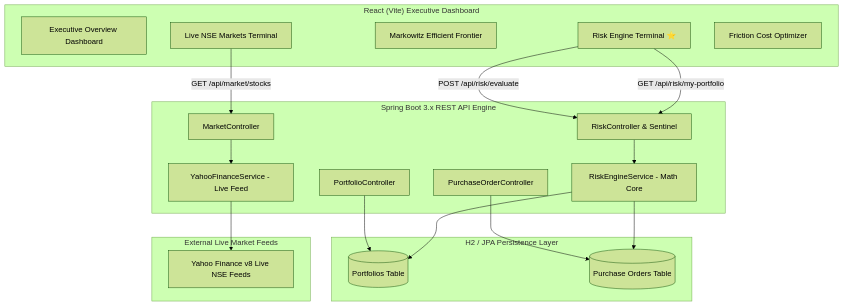
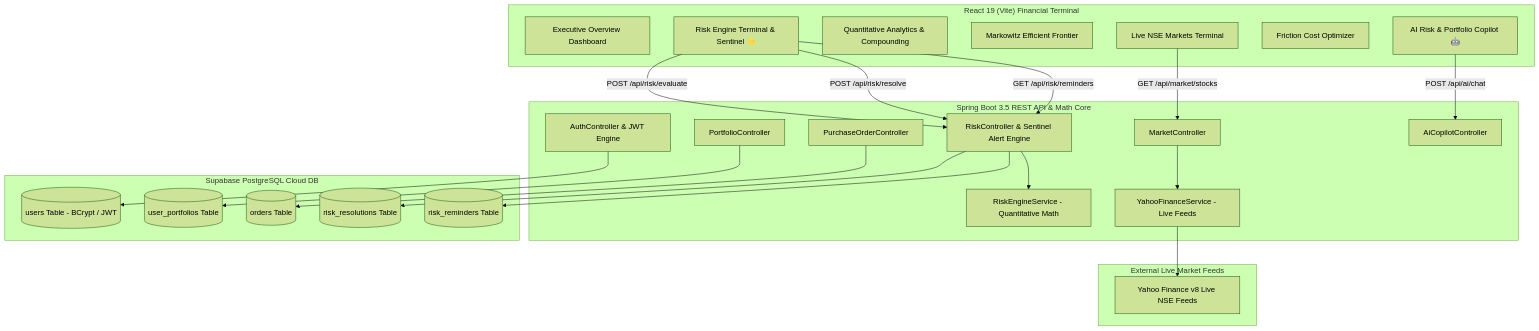
Before and after one commit to tejasmandavkar2008-droid/avg-boyzz: the diagram in README.md, drawn with Mermaid (forest theme). The commit also changed other lines of this file, not shown here.

Commit message:
docs: update README with architectural, structural, and technical stack revisions for the capital management platform

````diff
--- a/README.md
+++ b/README.md
@@ -21,39 +39,49 @@
 ```mermaid
 flowchart TD
-    subgraph Frontend["React (Vite) Executive Dashboard"]
+    subgraph Frontend["React 19 (Vite) Financial Terminal"]
         UI_Dash[Executive Overview Dashboard]
-        UI_Risk[Risk Engine Terminal ⭐]
+        UI_Risk[Risk Engine Terminal & Sentinel ⭐]
+        UI_Analytics[Quantitative Analytics & Compounding]
         UI_Frontier[Markowitz Efficient Frontier]
         UI_Market[Live NSE Markets Terminal]
         UI_Rebalance[Friction Cost Optimizer]
+        UI_Copilot[AI Risk & Portfolio Copilot 🤖]
     end
 
-    subgraph Backend["Spring Boot 3.x REST API Engine"]
-        Ctrl_Risk[RiskController & Sentinel]
+    subgraph Backend["Spring Boot 3.5 REST API & Math Core"]
+        Ctrl_Auth[AuthController & JWT Engine]
+        Ctrl_Risk[RiskController & Sentinel Alert Engine]
         Ctrl_Port[PortfolioController]
         Ctrl_Market[MarketController]
         Ctrl_Orders[PurchaseOrderController]
+        Ctrl_AI[AiCopilotController]
         
-        Svc_Risk[RiskEngineService - Math Core]
-        Svc_Yahoo[YahooFinanceService - Live Feed]
+        Svc_Risk[RiskEngineService - Quantitative Math]
+        Svc_Yahoo[YahooFinanceService - Live Feeds]
     end
 
-    subgraph Database["H2 / JPA Persistence Layer"]
-        DB_Port[(Portfolios Table)]
-        DB_Orders[(Purchase Orders Table)]
+    subgraph Database["Supabase PostgreSQL Cloud DB"]
+        DB_Users[(users Table - BCrypt / JWT)]
+        DB_Port[(user_portfolios Table)]
+        DB_Orders[(orders Table)]
+        DB_Resolutions[(risk_resolutions Table)]
+        DB_Reminders[(risk_reminders Table)]
     end
 
     subgraph External["External Live Market Feeds"]
         Yahoo_API[Yahoo Finance v8 Live NSE Feeds]
     end
 
     UI_Risk -->|POST /api/risk/evaluate| Ctrl_Risk
-    UI_Risk -->|GET /api/risk/my-portfolio| Ctrl_Risk
+    UI_Risk -->|POST /api/risk/resolve| Ctrl_Risk
+    Ctrl_Risk --> DB_Resolutions
+    UI_Risk -->|GET /api/risk/reminders| Ctrl_Risk
+    Ctrl_Risk --> DB_Reminders
     UI_Market -->|GET /api/market/stocks| Ctrl_Market
     Ctrl_Market --> Svc_Yahoo --> Yahoo_API
     Ctrl_Risk --> Svc_Risk
     Ctrl_Orders --> DB_Orders
     Ctrl_Port --> DB_Port
-    Svc_Risk --> DB_Port
-    Svc_Risk --> DB_Orders
+    Ctrl_Auth --> DB_Users
+    UI_Copilot -->|POST /api/ai/chat| Ctrl_AI
 ```
````
